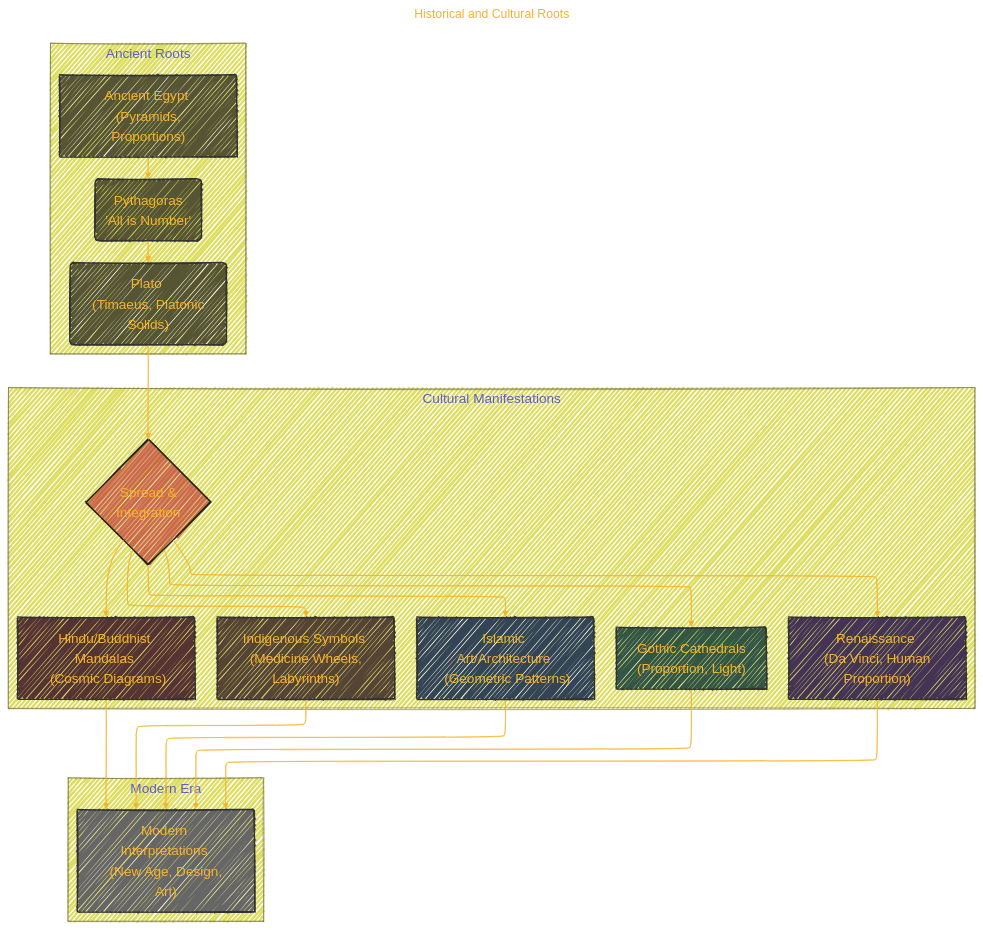
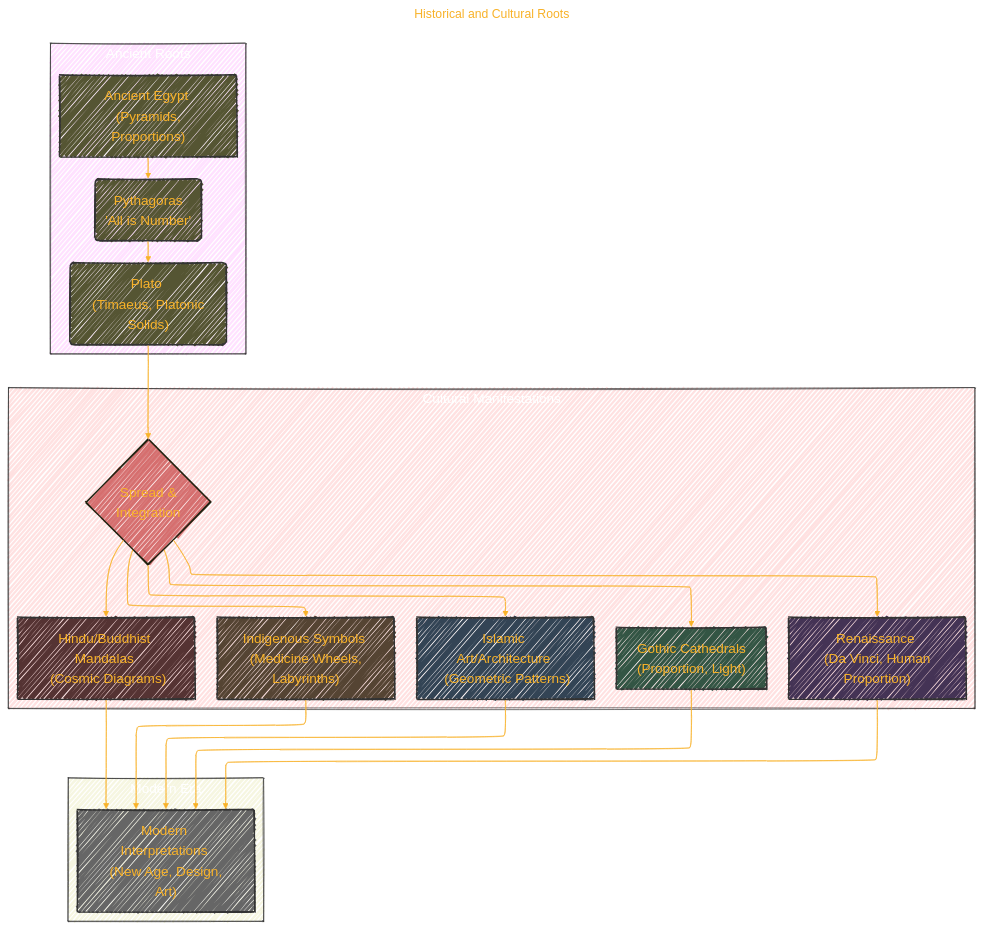
The second of 7 diagrams in Understanding_Sacred_Geometry.md (CongLeSolutionX/Harmonic_Atomica), drawn with Mermaid before and after one commit. The commit also changed other lines of this file, not shown here.

````diff
--- a/Understanding_Sacred_Geometry.md
+++ b/Understanding_Sacred_Geometry.md
@@ -92,61 +92,65 @@
 ```mermaid
 ---
 title: "Historical and Cultural Roots"
 author: "Cong Le"
 version: "1.0"
 license(s): "MIT, CC BY-SA 4.0"
 copyright: "Copyright (c) 2025 Cong Le. All Rights Reserved."
 config:
   layout: elk
   theme: base
   look: handDrawn
 ---
 %%%%%%%% Mermaid version v11.4.1-b.14
 %%%%%%%% Available curve styles include the following keywords:
 %% basis, bumpX, bumpY, cardinal, catmullRom, linear, monotoneX, monotoneY, natural, step, stepAfter, stepBefore.
 %%{
   init: {
     'flowchart': { 'htmlLabels': true, 'curve': 'basis' },
     'fontFamily': 'American Typewriter, monospace',
     'logLevel': 'fatal',
     'themeVariables': {
       'primaryColor': '#22BB',
       'primaryTextColor': '#F8B229',
       'lineColor': '#F8B229',
       'primaryBorderColor': '#27AE60',
       'secondaryColor': '#E2F1',
       'secondaryTextColor': '#6C3483',
       'secondaryBorderColor': '#A569BD',
       'fontSize': '20px'
     }
   }
 }%%
 flowchart TD
     subgraph Ancient_Roots["Ancient Roots"]
+    style Ancient_Roots fill:#F2F2,stroke:#333,stroke-width:1px, color: #FFFF
         A["Ancient Egypt <br/> (Pyramids, Proportions)"] --> B("Pythagoras <br/> 'All is Number'")
         B --> C("Plato <br/> (Timaeus, Platonic Solids)")
     end
+
     subgraph Cultural_Manifestations["Cultural Manifestations"]
+    style Cultural_Manifestations fill:#F222,stroke:#333,stroke-width:1px, color: #FFFF
         C --> D{"Spread &<br/> Integration"}
         D --> E["Islamic Art/Architecture <br/> (Geometric Patterns)"]
         D --> F["Gothic Cathedrals <br/> (Proportion, Light)"]
         D --> G["Renaissance <br/> (Da Vinci, Human Proportion)"]
         D --> H["Hindu/Buddhist Mandalas <br/> (Cosmic Diagrams)"]
         D --> I["Indigenous Symbols <br/> (Medicine Wheels, Labyrinths)"]
     end
     subgraph Modern_Era["Modern Era"]
+    style Modern_Era fill:#BB22,stroke:#333,stroke-width:1px, color: #FFFF
         I & E & F & G & H --> J["Modern Interpretations <br/> (New Age, Design, Art)"]
     end
 
     style A fill:#553,stroke:#333,stroke-width:2px
     style B fill:#553,stroke:#333,stroke-width:2px
     style C fill:#553,stroke:#333,stroke-width:2px
     style D fill:#B229,stroke:#221,stroke-width:2px
     style E fill:#345,stroke:#333,stroke-width:2px
     style F fill:#354,stroke:#333,stroke-width:2px
     style G fill:#435,stroke:#333,stroke-width:2px
     style H fill:#533,stroke:#333,stroke-width:2px
     style I fill:#543,stroke:#333,stroke-width:2px
     style J fill:#666,stroke:#333,stroke-width:2px
     
 ```
````
